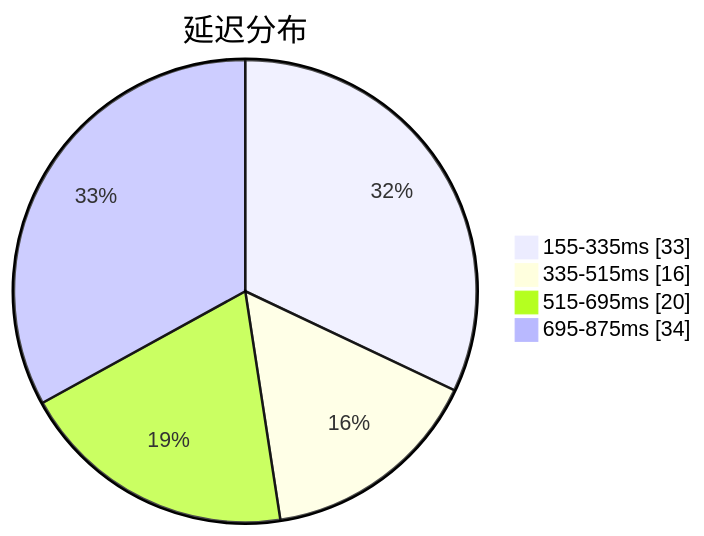
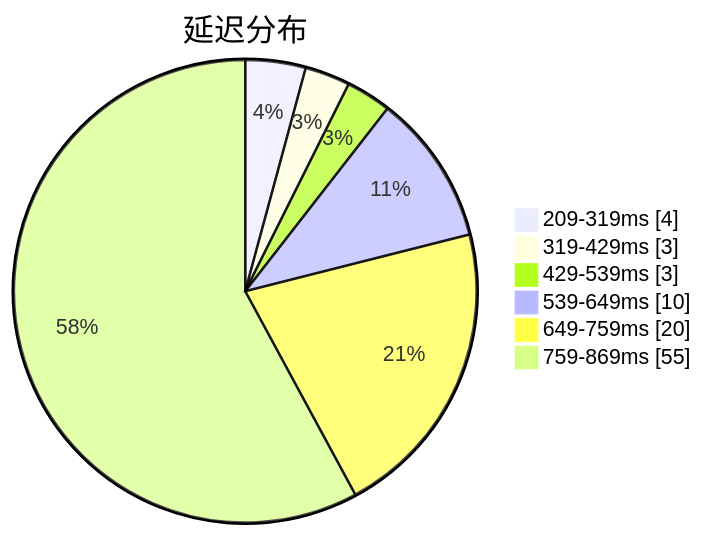
The first of 3 diagrams in subs/statistics/tested_within.md (qjlxg/airport), drawn with Mermaid before and after one commit. The commit also changed other lines of this file and 2 other files, not shown here.

````diff
--- a/subs/statistics/tested_within.md
+++ b/subs/statistics/tested_within.md
@@ -2,8 +2,10 @@
 ```mermaid
 pie showData
 title 延迟分布
-"155-335ms" : 33
-"335-515ms" : 16
-"515-695ms" : 20
-"695-875ms" : 34
+"209-319ms" : 4
+"319-429ms" : 3
+"429-539ms" : 3
+"539-649ms" : 10
+"649-759ms" : 20
+"759-869ms" : 55
 ```
````
